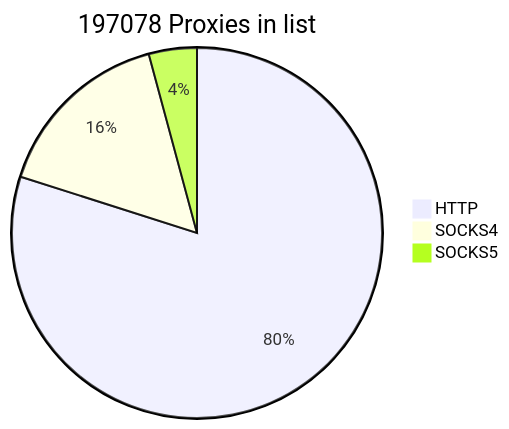
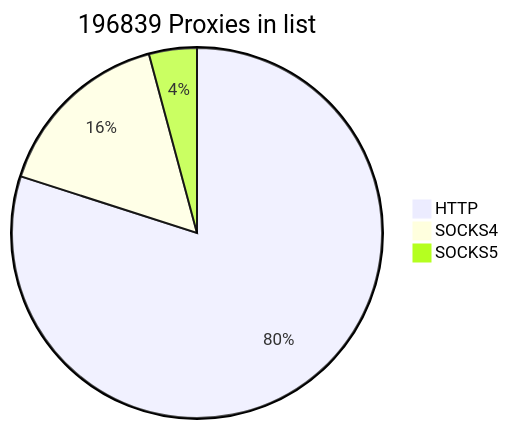
The first of 2 diagrams in README.md (cutipu/proxylist), drawn with Mermaid before and after one commit. The commit also changed other lines of this file, not shown here.

````diff
--- a/README.md
+++ b/README.md
@@ -2,7 +2,7 @@
 ```mermaid
-pie title 197078 Proxies in list
-    "HTTP" : 157499
-    "SOCKS4" : 31317
-    "SOCKS5" : 8262
+pie title 196839 Proxies in list
+    "HTTP" : 157374
+    "SOCKS4" : 31239
+    "SOCKS5" : 8226
             
 ```
````
